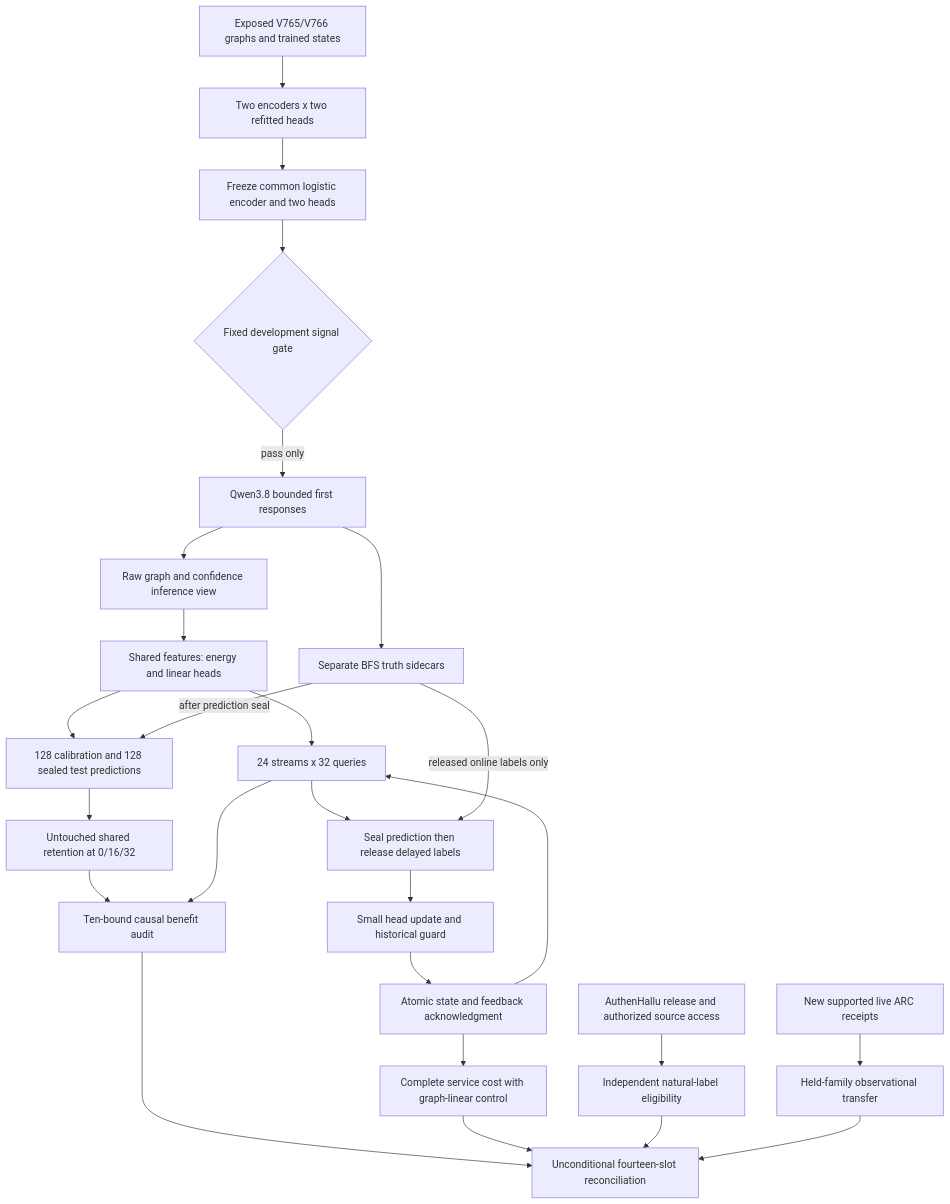
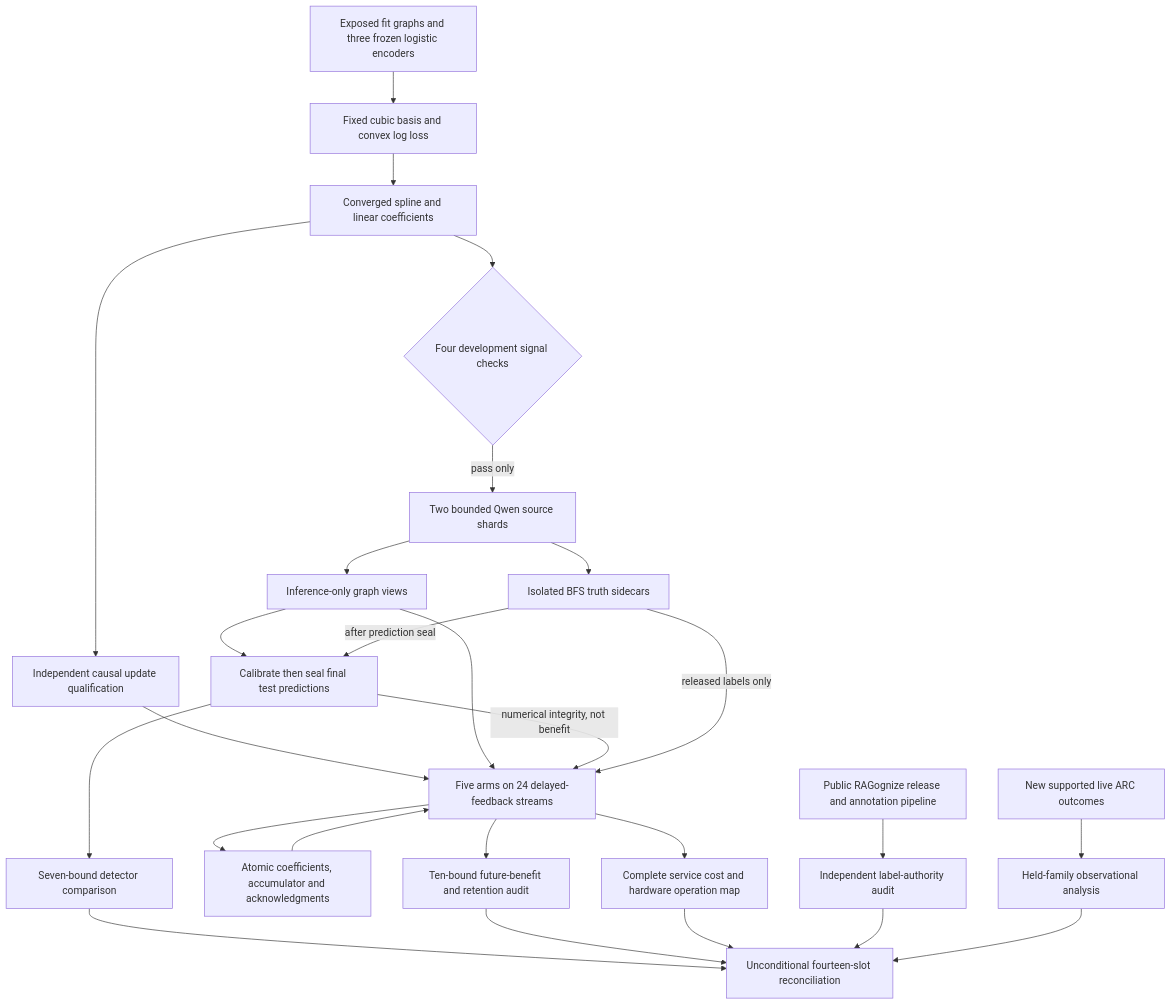
Before and after one commit to Carnot-EBM/carnot-ebm: the first of 2 diagrams in openspec/change-proposals/research-roadmap-vNEXT.md, drawn with Mermaid. The commit also changed other lines of this file and 20 other files, not shown here.

````diff
--- a/openspec/change-proposals/research-roadmap-vNEXT.md
+++ b/openspec/change-proposals/research-roadmap-vNEXT.md
@@ -77,28 +81,28 @@
 ```mermaid
 flowchart TD
-    H[Exposed V765/V766 graphs and trained states] --> D[Two encoders x two refitted heads]
-    D --> F[Freeze common logistic encoder and two heads]
-    F --> G{Fixed development signal gate}
-    G -->|pass only| Q[Qwen3.8 bounded first responses]
-    Q --> V[Raw graph and confidence inference view]
-    Q --> B[Separate BFS truth sidecars]
-    V --> E[Shared features: energy and linear heads]
-    E --> C[128 calibration and 128 sealed test predictions]
-    B -->|after prediction seal| C
-    E --> O[24 streams x 32 queries]
-    O --> S[Seal prediction then release delayed labels]
-    B -->|released online labels only| S
-    S --> U[Small head update and historical guard]
-    U --> W[Atomic state and feedback acknowledgment]
-    W --> O
-    C --> R[Untouched shared retention at 0/16/32]
-    R --> A[Ten-bound causal benefit audit]
-    O --> A
-    W --> K[Complete service cost with graph-linear control]
-    N[AuthenHallu release and authorized source access] --> L[Independent natural-label eligibility]
-    X[New supported live ARC receipts] --> Y[Held-family observational transfer]
-    A --> Z[Unconditional fourteen-slot reconciliation]
-    K --> Z
-    L --> Z
+    H[Exposed fit graphs and three frozen logistic encoders] --> B[Fixed cubic basis and convex log loss]
+    B --> F[Converged spline and linear coefficients]
+    F --> G{Four development signal checks}
+    F --> M[Independent causal update qualification]
+    G -->|pass only| Q[Two bounded Qwen source shards]
+    Q --> V[Inference-only graph views]
+    Q --> T[Isolated BFS truth sidecars]
+    V --> D[Calibrate then seal final test predictions]
+    T -->|after prediction seal| D
+    D --> K[Seven-bound detector comparison]
+    M --> O[Five arms on 24 delayed-feedback streams]
+    V --> O
+    D -->|numerical integrity, not benefit| O
+    T -->|released labels only| O
+    O --> P[Atomic coefficients, accumulator and acknowledgments]
+    P --> O
+    O --> R[Ten-bound future-benefit and retention audit]
+    O --> C[Complete service cost and hardware operation map]
+    N[Public RAGognize release and annotation pipeline] --> A[Independent label-authority audit]
+    X[New supported live ARC outcomes] --> Y[Held-family observational analysis]
+    K --> Z[Unconditional fourteen-slot reconciliation]
+    R --> Z
+    C --> Z
+    A --> Z
     Y --> Z
 ```
````
